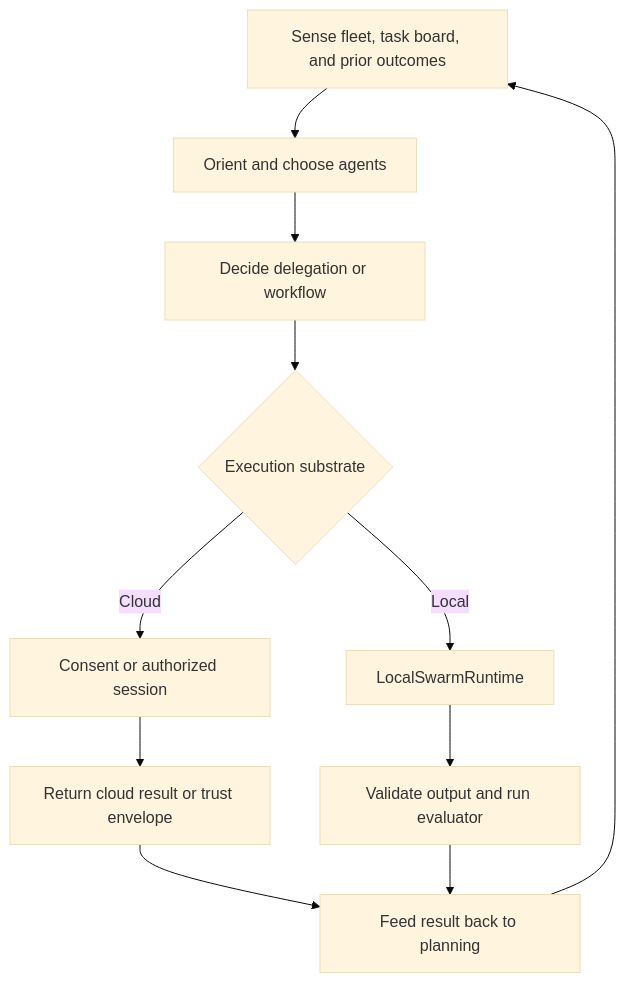
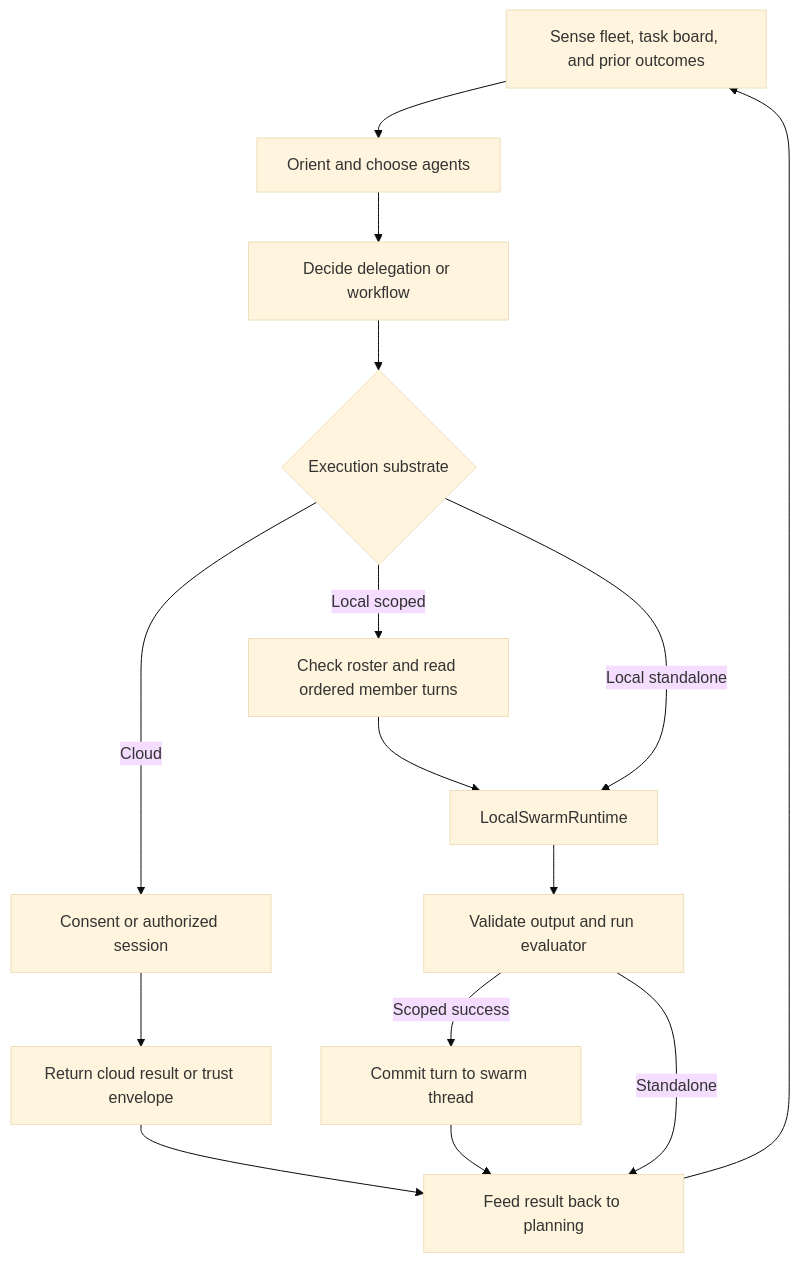
Before and after one commit to mdz-axo/zed-kask: the first of 2 diagrams in kask/docs/diataxis/swarm_system/explanation.md, drawn with Mermaid (base theme). The commit also changed other lines of this file and 28 other files, not shown here.

````diff
--- a/kask/docs/diataxis/swarm_system/explanation.md
+++ b/kask/docs/diataxis/swarm_system/explanation.md
@@ -26,13 +28,17 @@
 ```mermaid
 flowchart TD
     S[Sense fleet, task board, and prior outcomes] --> O[Orient and choose agents]
     O --> D[Decide delegation or workflow]
     D --> A{Execution substrate}
     A -->|Cloud| C[Consent or authorized session]
-    A -->|Local| L[LocalSwarmRuntime]
+    A -->|Local scoped| T[Check roster and read ordered member turns]
+    A -->|Local standalone| L[LocalSwarmRuntime]
+    T --> L
     C --> R[Return cloud result or trust envelope]
     L --> V[Validate output and run evaluator]
-    R --> F[Feed result back to planning]
-    V --> F
+    V -->|Scoped success| J[Commit turn to swarm thread]
+    J --> F[Feed result back to planning]
+    R --> F
+    V -->|Standalone| F
     F --> S
 ```
````
